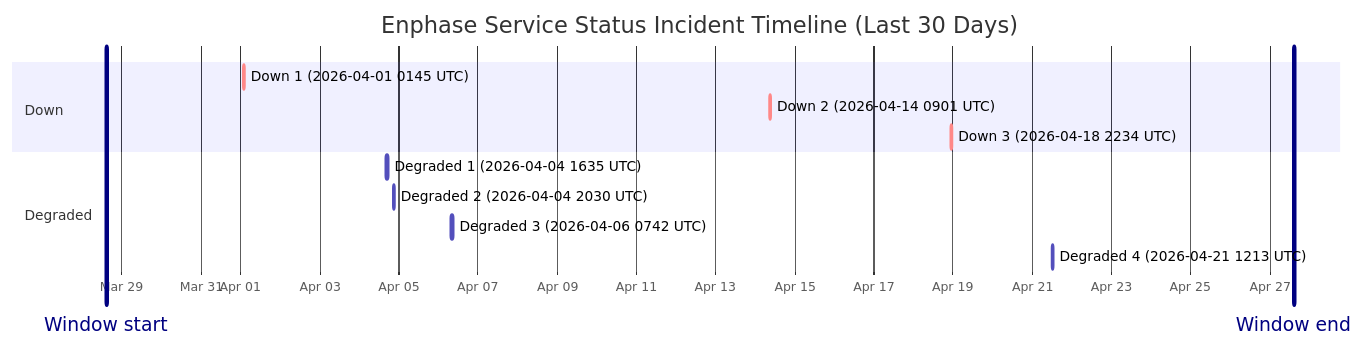
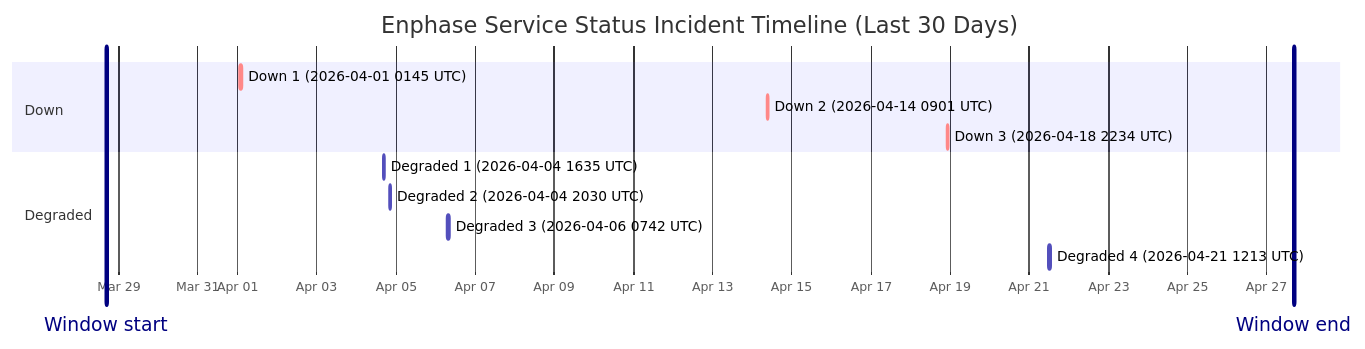
One commit to barneyonline/ha-enphase-ev-charger changed the diagram in wiki/Service-Status-History.md. Above: the diagram before and after it, drawn with Mermaid. The commit also changed other lines of this file and 3 other files, not shown here.

````diff
--- a/wiki/Service-Status-History.md
+++ b/wiki/Service-Status-History.md
@@ -14,17 +14,17 @@
 ```mermaid
 gantt
     title Enphase Service Status Incident Timeline (Last 30 Days)
     dateFormat  YYYY-MM-DDTHH:mm:ss
     axisFormat  %b %d
-    Window start :vert, window-start, 2026-03-28T14:33:59, 0ms
-    Window end :vert, window-end, 2026-04-27T14:33:59, 0ms
+    Window start :vert, window-start, 2026-03-28T16:25:54, 0ms
+    Window end :vert, window-end, 2026-04-27T16:25:54, 0ms
     section Down
     Down 1 (2026-04-01 0145 UTC) :crit, down-1, 2026-04-01T01:45:09, 60m
     Down 2 (2026-04-14 0901 UTC) :crit, down-2, 2026-04-14T09:01:13, 60m
     Down 3 (2026-04-18 2234 UTC) :crit, down-3, 2026-04-18T22:34:13, 60m
     section Degraded
     Degraded 1 (2026-04-04 1635 UTC) :active, degraded-1, 2026-04-04T16:35:17, 60m
     Degraded 2 (2026-04-04 2030 UTC) :active, degraded-2, 2026-04-04T20:30:40, 60m
     Degraded 3 (2026-04-06 0742 UTC) :active, degraded-3, 2026-04-06T07:42:09, 85m
     Degraded 4 (2026-04-21 1213 UTC) :active, degraded-4, 2026-04-21T12:13:11, 60m
 ```
````
